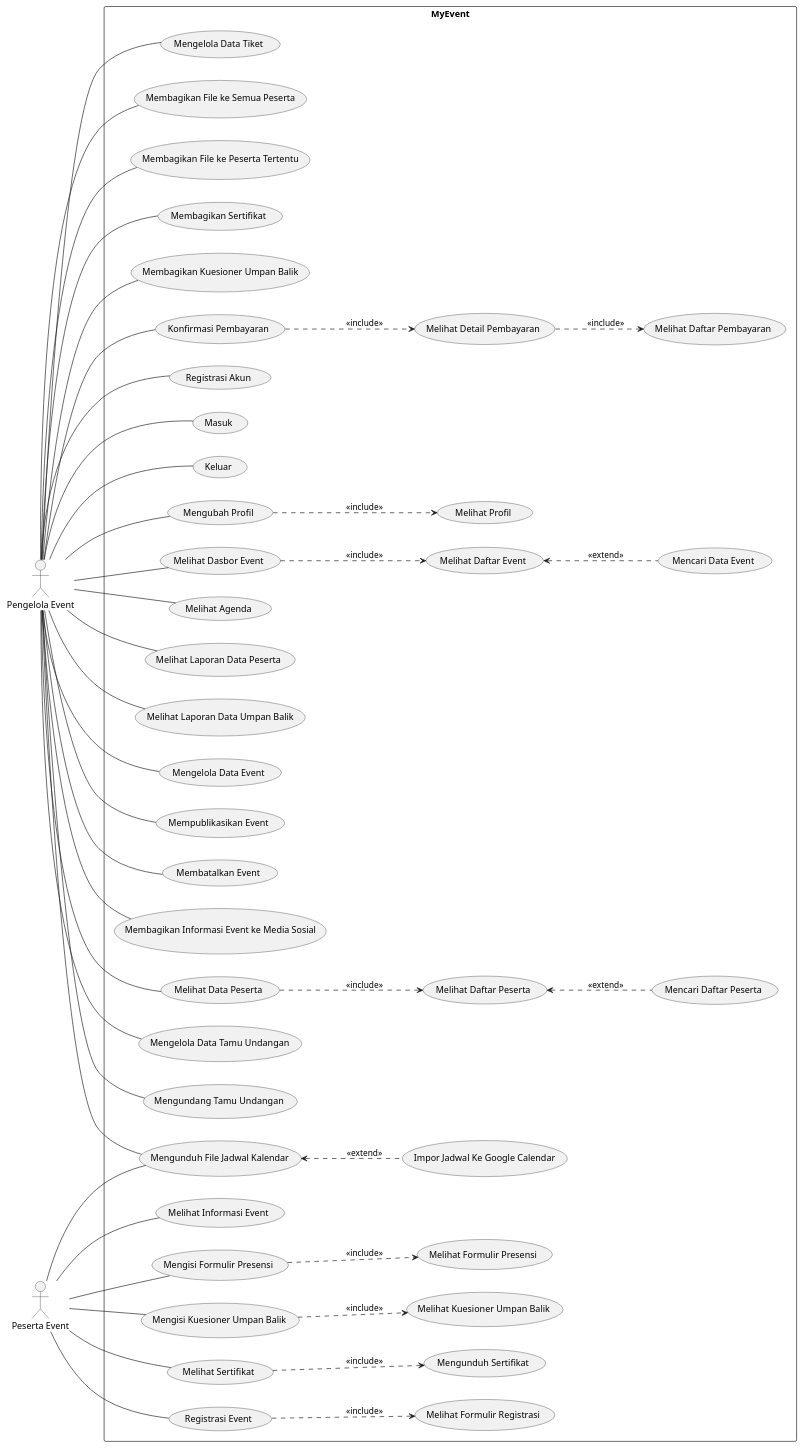
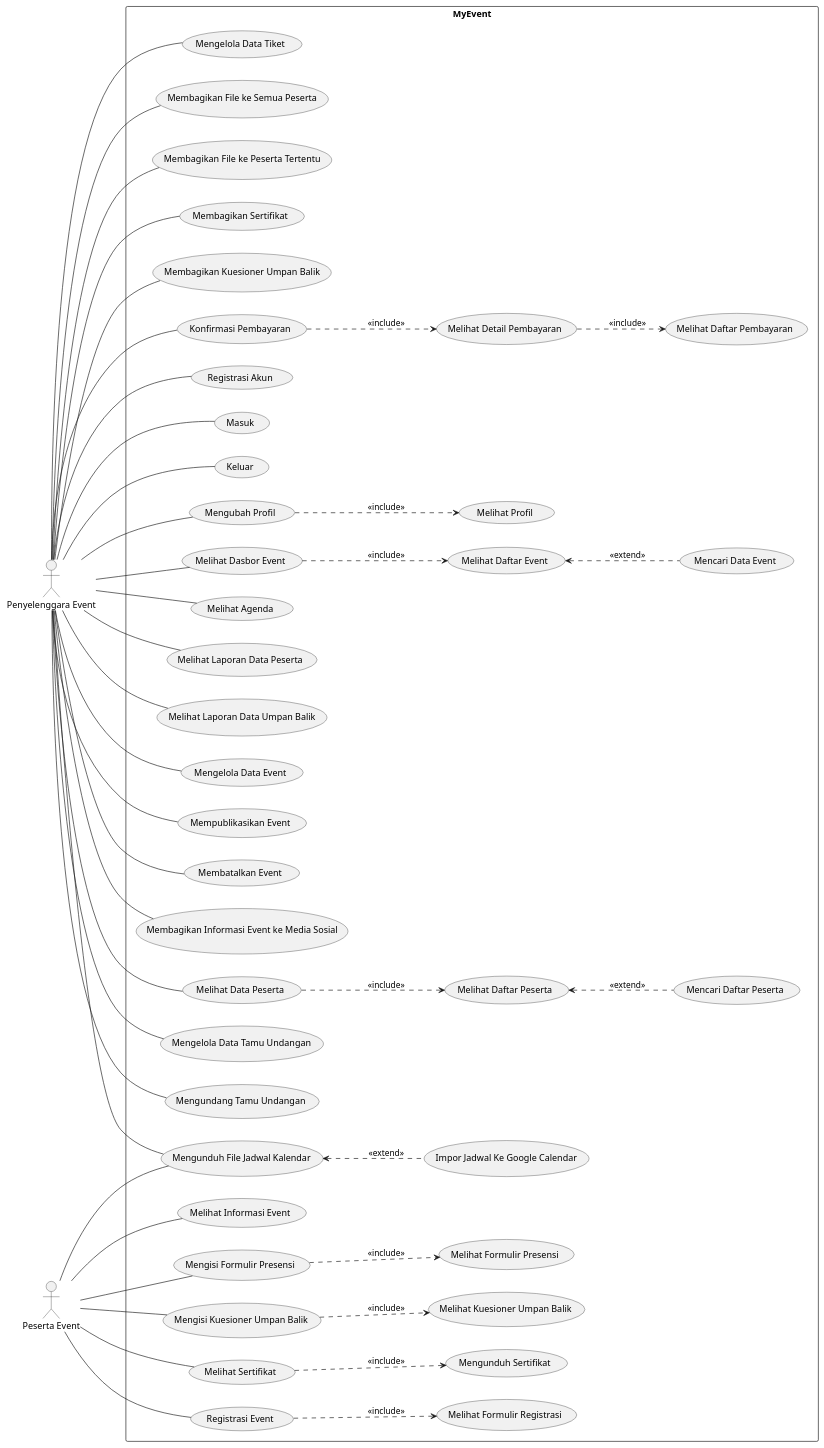
One commit to irfanfarras10/myevent-diagram changed the diagram in Use Case Diagram/use_case_diagram.wsd. Above: the diagram before and after it, drawn with PlantUML.

Commit message:
uml(use case diagram): fixup swimlane name

```diff
--- a/Use Case Diagram/use_case_diagram.wsd
+++ b/Use Case Diagram/use_case_diagram.wsd
@@ -1,94 +1,94 @@
 @startuml "myevent_activity_diagram"
     left to right direction
 
-    actor "Pengelola Event" as eo
+    actor "Penyelenggara Event" as eo
     actor "Peserta Event" as peserta
 
     rectangle MyEvent {
-        ' use case pengelola event
+        ' use case Penyelenggara Event
         usecase "Registrasi Akun" as UC1
         usecase "Masuk" as UC2
         usecase "Keluar" as UC3
         usecase "Mengubah Profil" as UC4
         usecase "Melihat Profil" as UC5
         usecase "Melihat Dasbor Event" as UC6
         usecase "Melihat Daftar Event" as UC7
         usecase "Mencari Data Event" as UC8
         usecase "Melihat Agenda" as UC9
         usecase "Melihat Laporan Data Peserta" as UC10
         usecase "Melihat Laporan Data Umpan Balik" as UC11
         usecase "Mengelola Data Event" as UC12
         usecase "Mempublikasikan Event" as UC13
         usecase "Membatalkan Event" as UC14
         usecase "Membagikan Informasi Event ke Media Sosial" as UC15
         usecase "Mengunduh File Jadwal Kalendar" as UC16
         usecase "Impor Jadwal Ke Google Calendar" as UC17
         usecase "Melihat Data Peserta" as UC18
         usecase "Melihat Daftar Peserta" as UC19
         usecase "Mencari Daftar Peserta" as UC20
         usecase "Mengelola Data Tamu Undangan" as UC21
         usecase "Mengundang Tamu Undangan" as UC22
         usecase "Mengelola Data Tiket" as UC23
         usecase "Membagikan File ke Semua Peserta" as UC24
         usecase "Membagikan File ke Peserta Tertentu" as UC25
         usecase "Membagikan Sertifikat" as UC26
         usecase "Membagikan Kuesioner Umpan Balik" as UC27
         usecase "Melihat Daftar Pembayaran" as UC28
         usecase "Melihat Detail Pembayaran" as UC29
         usecase "Konfirmasi Pembayaran" as UC30
         ' use case peserta event
         usecase "Registrasi Event" as UC31
         usecase "Melihat Formulir Registrasi" as UC32
         usecase "Melihat Informasi Event" as UC33
         usecase "Mengisi Formulir Presensi" as UC34
         usecase "Melihat Formulir Presensi" as UC35
         usecase "Mengisi Kuesioner Umpan Balik" as UC36
         usecase "Melihat Kuesioner Umpan Balik" as UC37
         usecase "Melihat Sertifikat" as UC38
         usecase "Mengunduh Sertifikat" as UC39
      }
 
     ' penyelenggara event
     eo -- UC1
     eo -- UC2
     eo -- UC3
     eo -- UC4
     UC4 ..> UC5 :<<include>>
     eo -- UC6
     UC6 ..> UC7 :<<include>>
     UC7 <.. UC8 :<<extend>>
     eo -- UC9
     eo -- UC10
     eo -- UC11
     eo -- UC12 
     eo -- UC13
     eo -- UC14
     eo -- UC15
     eo -- UC16 
     UC16 <.. UC17 :<<extend>>
     eo -- UC18
     UC18 ..> UC19 :<<include>>
     UC19 <.. UC20 :<<extend>>
     eo -- UC21
     eo -- UC22
     eo -- UC23
     eo -- UC24
     eo -- UC25
     eo -- UC26
     eo -- UC27
     eo -- UC30
     UC30 ..> UC29 :<<include>>
     UC29 ..> UC28 :<<include>>
 
     ' peserta event
     peserta -- UC31
     UC31 ..> UC32 :<<include>>
     peserta -- UC33
     peserta -- UC34
     UC34 ..> UC35 :<<include>>
     peserta -- UC16
     peserta -- UC36
     UC36 ..> UC37 :<<include>>
     peserta -- UC38
     UC38 ..> UC39 :<<include>>
 @enduml
```
